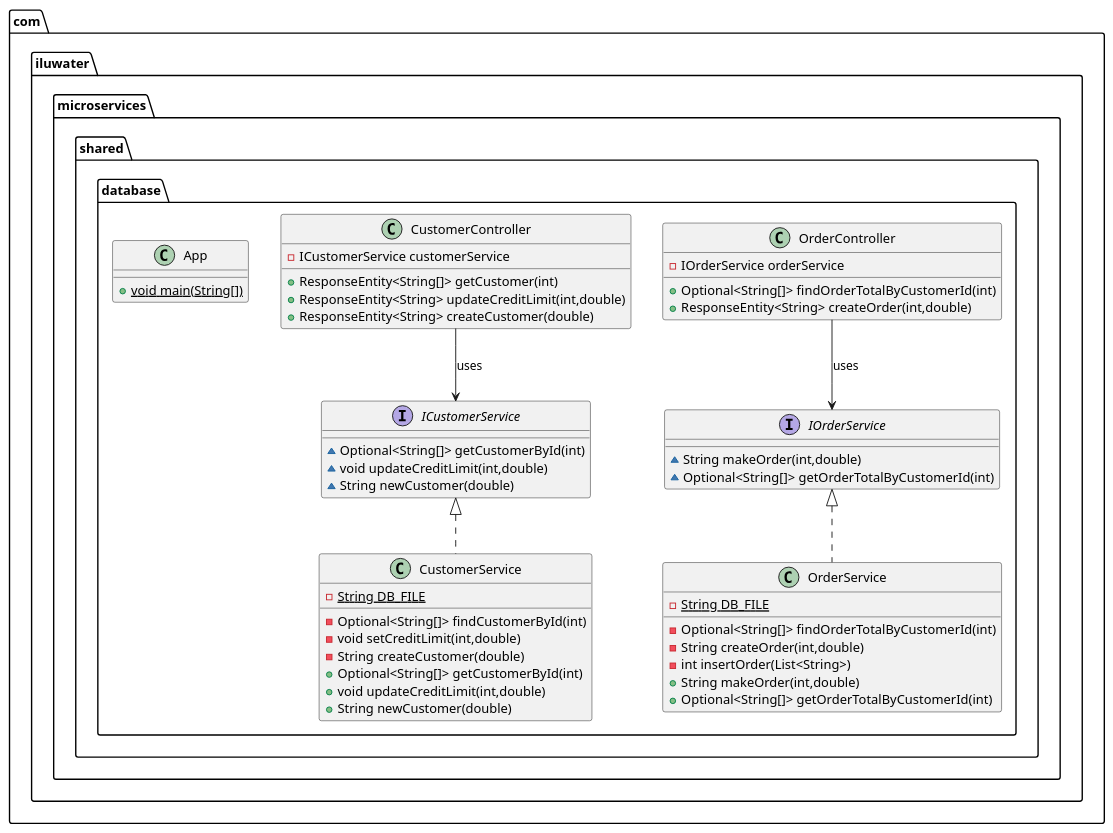
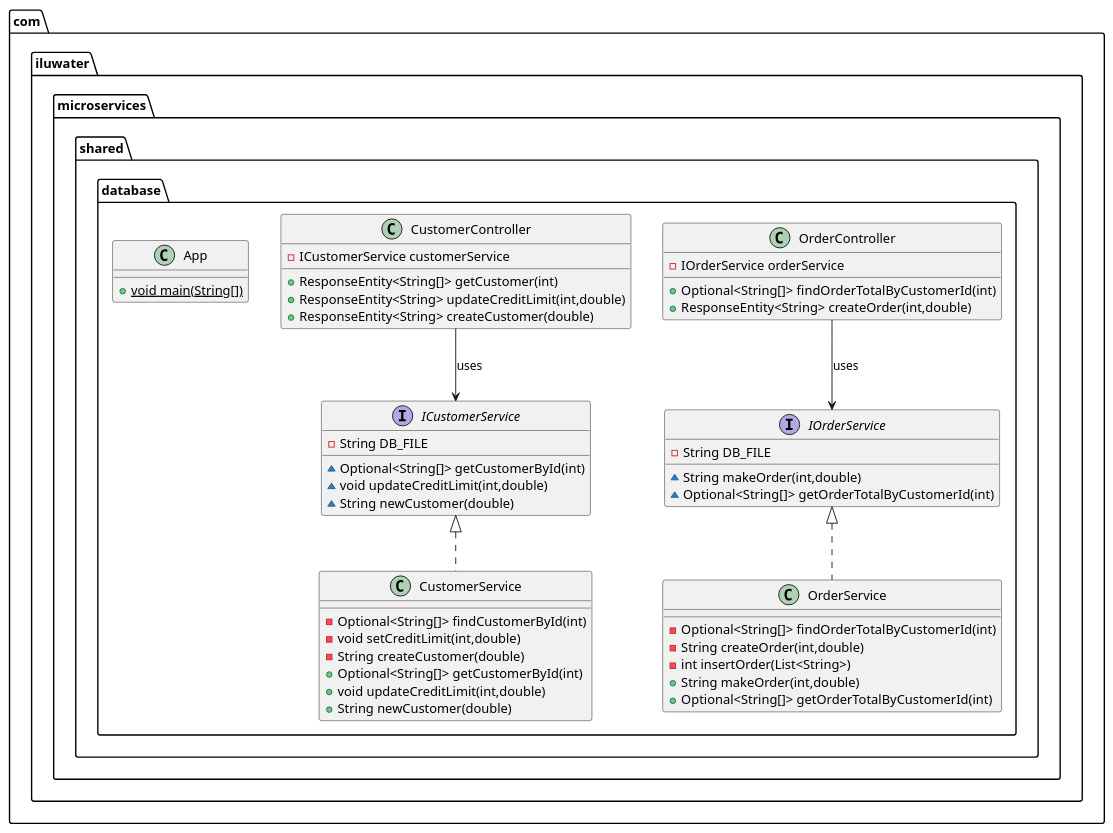
One commit to iluwatar/java-design-patterns changed the diagram in microservices-shared-database/etc/outputUML.puml. Above: the diagram before and after it, drawn with PlantUML. The commit also changed 7 other files, not shown here.

```diff
--- a/microservices-shared-database/etc/outputUML.puml
+++ b/microservices-shared-database/etc/outputUML.puml
@@ -1,49 +1,49 @@
 @startuml
 interface com.iluwater.microservices.shared.database.IOrderService {
+- String DB_FILE
 ~ String makeOrder(int,double)
 ~ Optional<String[]> getOrderTotalByCustomerId(int)
 }
 class com.iluwater.microservices.shared.database.CustomerService {
-- {static} String DB_FILE
 - Optional<String[]> findCustomerById(int)
 - void setCreditLimit(int,double)
 - String createCustomer(double)
 + Optional<String[]> getCustomerById(int)
 + void updateCreditLimit(int,double)
 + String newCustomer(double)
 }
 class com.iluwater.microservices.shared.database.OrderController {
 - IOrderService orderService
 + Optional<String[]> findOrderTotalByCustomerId(int)
 + ResponseEntity<String> createOrder(int,double)
 }
 class com.iluwater.microservices.shared.database.OrderService {
-- {static} String DB_FILE
 - Optional<String[]> findOrderTotalByCustomerId(int)
 - String createOrder(int,double)
 - int insertOrder(List<String>)
 + String makeOrder(int,double)
 + Optional<String[]> getOrderTotalByCustomerId(int)
 }
 class com.iluwater.microservices.shared.database.CustomerController {
 - ICustomerService customerService
 + ResponseEntity<String[]> getCustomer(int)
 + ResponseEntity<String> updateCreditLimit(int,double)
 + ResponseEntity<String> createCustomer(double)
 }
 interface com.iluwater.microservices.shared.database.ICustomerService {
+- String DB_FILE
 ~ Optional<String[]> getCustomerById(int)
 ~ void updateCreditLimit(int,double)
 ~ String newCustomer(double)
 }
 class com.iluwater.microservices.shared.database.App {
 + {static} void main(String[])
 }
 
 
 com.iluwater.microservices.shared.database.ICustomerService <|.. com.iluwater.microservices.shared.database.CustomerService
 com.iluwater.microservices.shared.database.IOrderService <|.. com.iluwater.microservices.shared.database.OrderService
 
 com.iluwater.microservices.shared.database.CustomerController --> com.iluwater.microservices.shared.database.ICustomerService : uses
 com.iluwater.microservices.shared.database.OrderController --> com.iluwater.microservices.shared.database.IOrderService : uses
 @enduml
```
